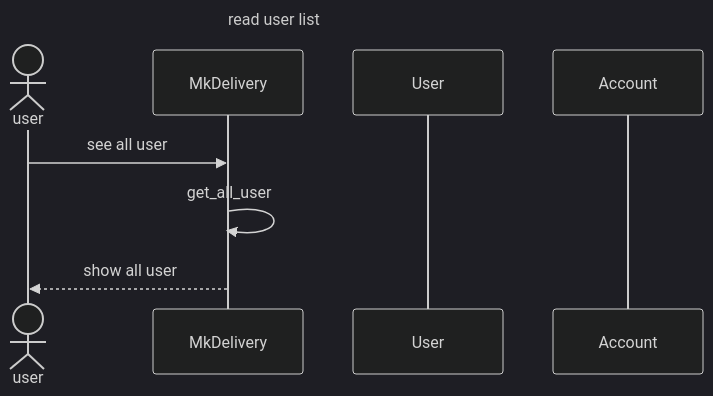
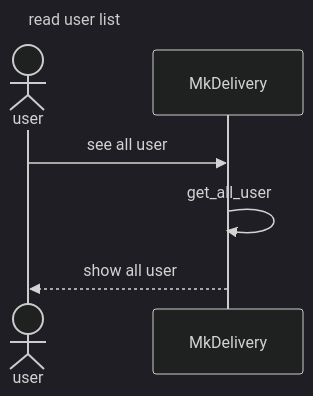
The diagram in sequence_diag/users/read user list.mmd (MxMhx/OOP_Project_MK_website), drawn with Mermaid (dark theme) before and after one commit. The commit also changed 2 other files, not shown here.

```diff
--- a/sequence_diag/users/read user list.mmd
+++ b/sequence_diag/users/read user list.mmd
@@ -1,10 +1,8 @@
 sequenceDiagram
     title read user list 
     actor user
     participant MkDelivery
-    participant User
-    participant Account
 
     user ->> MkDelivery:see all user
     MkDelivery ->> MkDelivery:get_all_user
     MkDelivery -->> user:show all user
```
